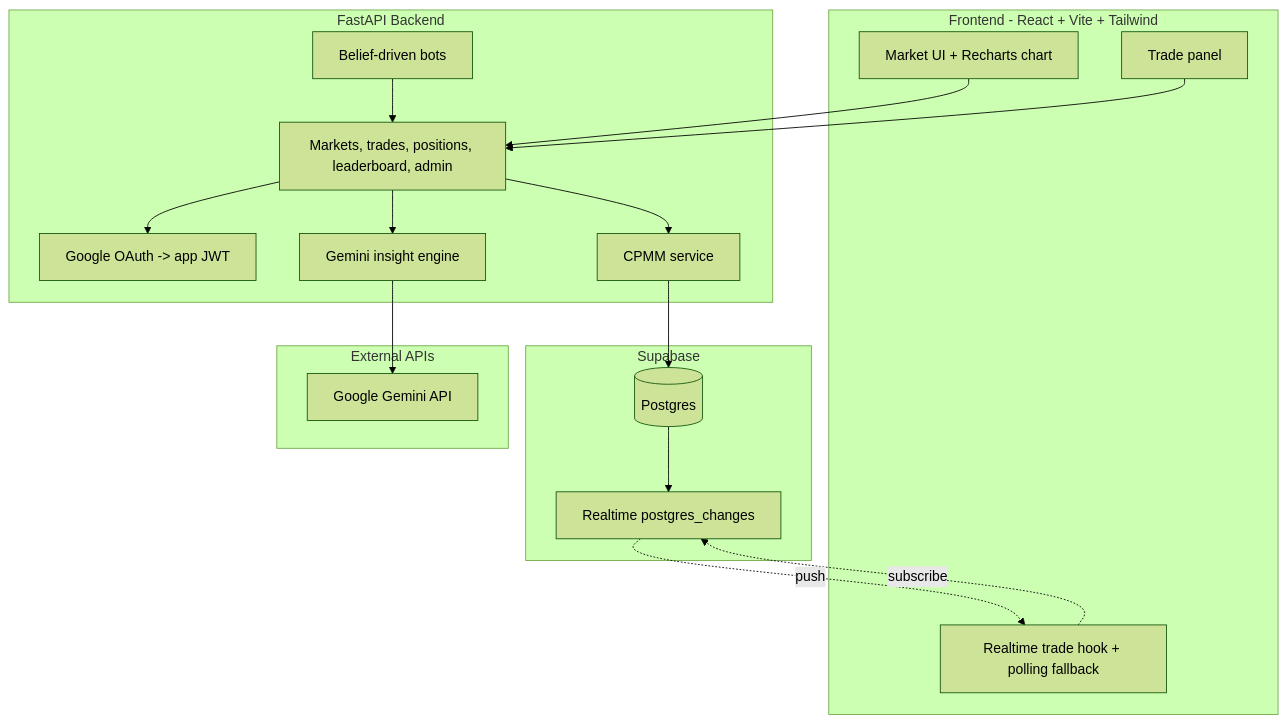
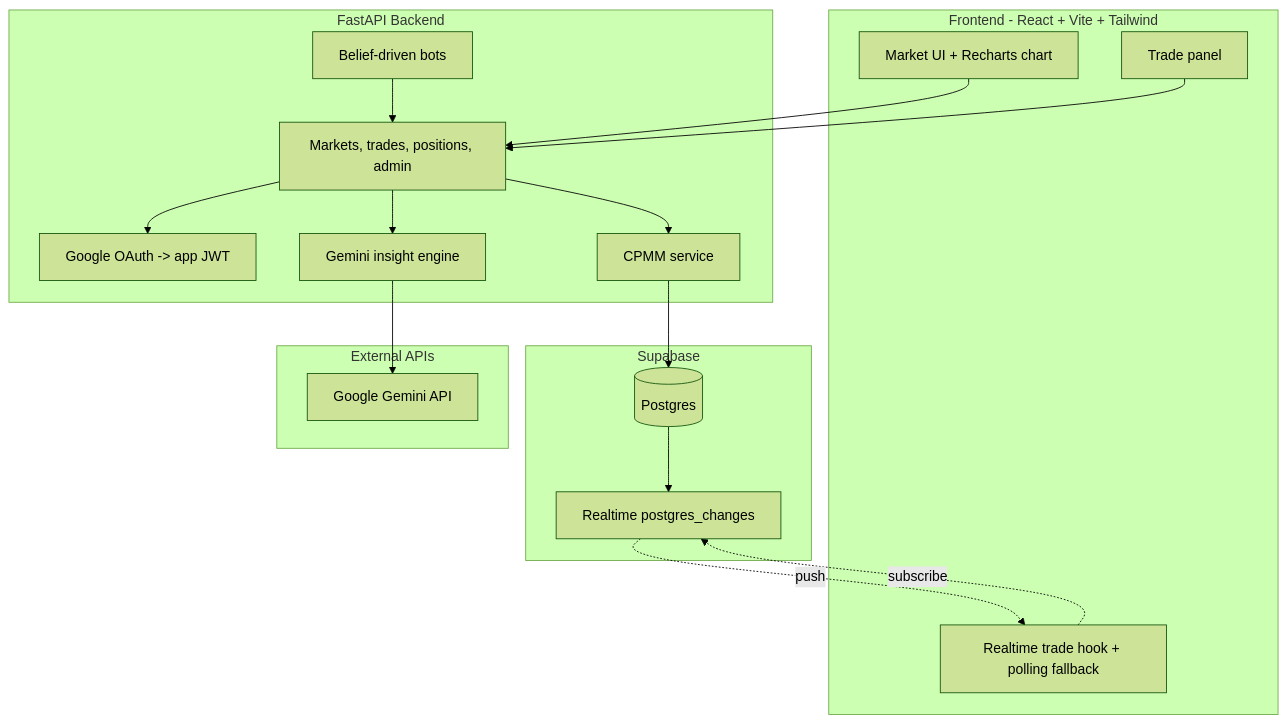
The diagram in README.md (Humbertxx/UCF-Prediction-Market-), drawn with Mermaid (forest theme) before and after one commit. The commit also changed other lines of this file and 43 other files, not shown here.

First line of the commit message:
feat: add market resolution, trade history API, and live price chart.

````diff
--- a/README.md
+++ b/README.md
@@ -24,37 +24,37 @@
 ```mermaid
 graph TB
     subgraph Client["Frontend - React + Vite + Tailwind"]
         UI["Market UI + Recharts chart"]
         TP["Trade panel"]
         RTHook["Realtime trade hook + polling fallback"]
     end
 
     subgraph Backend["FastAPI Backend"]
         AUTH["Google OAuth -> app JWT"]
-        ROUTES["Markets, trades, positions, leaderboard, admin"]
+        ROUTES["Markets, trades, positions, admin"]
         AMM["CPMM service"]
         BOTS["Belief-driven bots"]
         AI["Gemini insight engine"]
     end
 
     subgraph Data["Supabase"]
         PG[("Postgres")]
         RT["Realtime postgres_changes"]
     end
 
     subgraph External["External APIs"]
         GEM["Google Gemini API"]
     end
 
     UI --> ROUTES
     TP --> ROUTES
     RTHook -. subscribe .-> RT
     ROUTES --> AUTH
     ROUTES --> AMM
     ROUTES --> AI
     AMM --> PG
     BOTS --> ROUTES
     AI --> GEM
     PG --> RT
     RT -. push .-> RTHook
 ```
````
